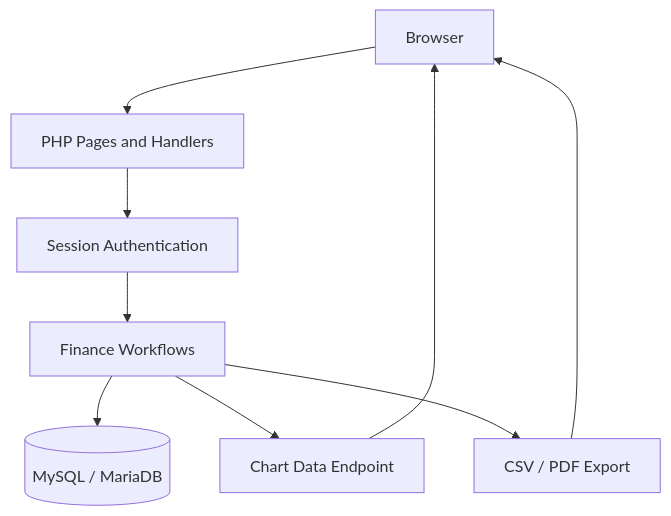
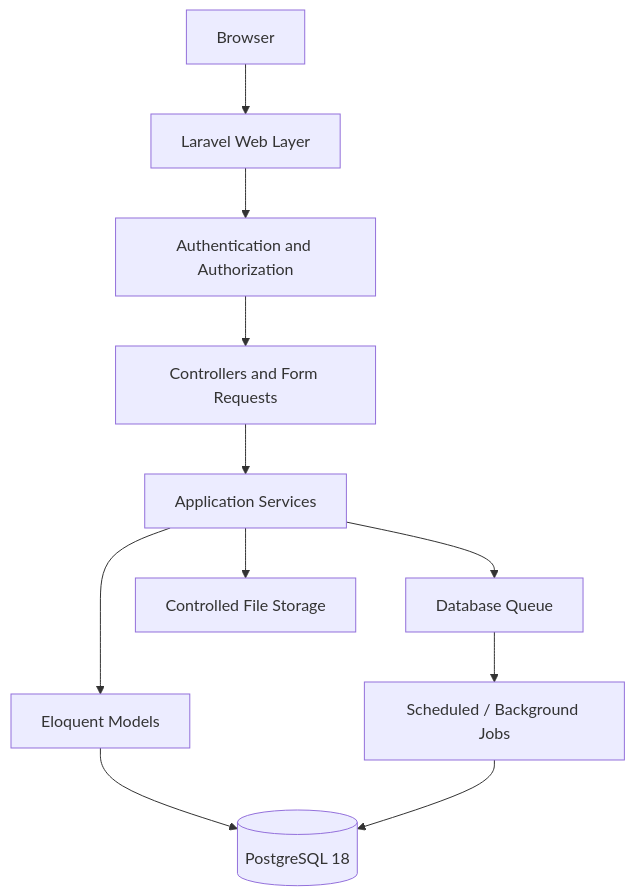
One commit to robinmwaniki/Student-finance-manager changed the diagram in README.md. Above: the diagram before and after it, drawn with Mermaid. The commit also changed other lines of this file, not shown here.

Commit message:
docs: document Laravel migration branch

````diff
--- a/README.md
+++ b/README.md
@@ -29,11 +26,13 @@
 ```mermaid
 flowchart TD
-    B[Browser] --> PHP[PHP Pages and Handlers]
-    PHP --> S[Session Authentication]
-    S --> W[Finance Workflows]
-    W --> DB[(MySQL / MariaDB)]
-    W --> CH[Chart Data Endpoint]
-    W --> EX[CSV / PDF Export]
-    CH --> B
-    EX --> B
+    USER[Browser] --> WEB[Laravel Web Layer]
+    WEB --> AUTH[Authentication and Authorization]
+    AUTH --> CTRL[Controllers and Form Requests]
+    CTRL --> APP[Application Services]
+    APP --> MODEL[Eloquent Models]
+    MODEL --> DB[(PostgreSQL 18)]
+    APP --> QUEUE[Database Queue]
+    QUEUE --> JOBS[Scheduled / Background Jobs]
+    JOBS --> DB
+    APP --> FILES[Controlled File Storage]
 ```
````
